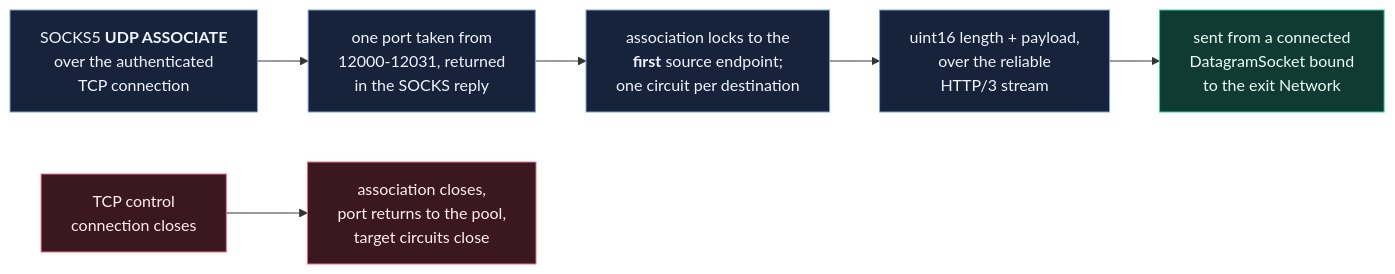
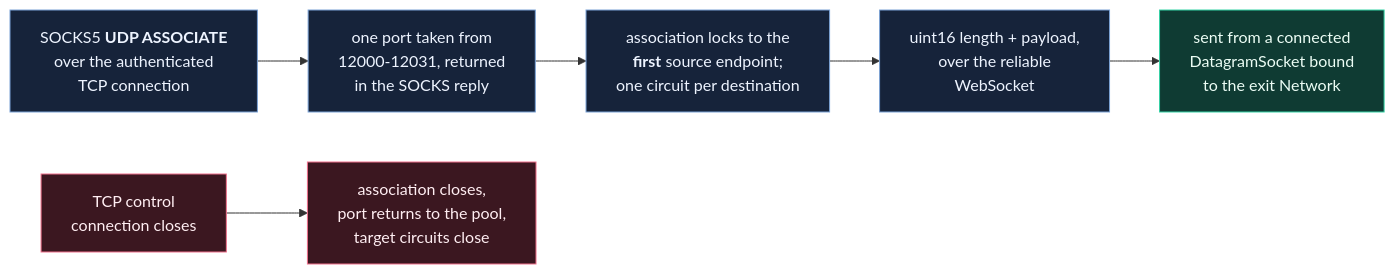
The ninth of 12 diagrams in README.md (CesarPetrescu/PocketExit), drawn with Mermaid before and after one commit. The commit also changed other lines of this file and 38 other files, not shown here.

Commit message:
Release PocketExit v0.4 WebSocket transport

````diff
--- a/README.md
+++ b/README.md
@@ -409,15 +408,15 @@
 ```mermaid
 flowchart LR
     A["SOCKS5 <b>UDP ASSOCIATE</b><br/>over the authenticated<br/>TCP connection"] --> B["one port taken from<br/>12000-12031, returned<br/>in the SOCKS reply"]
     B --> C["association locks to the<br/><b>first</b> source endpoint;<br/>one circuit per destination"]
-    C --> D["uint16 length + payload,<br/>over the reliable<br/>HTTP/3 stream"]
+    C --> D["uint16 length + payload,<br/>over the reliable<br/>WebSocket"]
     D --> E["sent from a connected<br/>DatagramSocket bound<br/>to the exit Network"]
     F["TCP control<br/>connection closes"] --> G["association closes,<br/>port returns to the pool,<br/>target circuits close"]
 
     classDef s fill:#16233a,stroke:#7aa2d6,color:#eef4ff
     classDef p fill:#0f3b33,stroke:#34d3a6,color:#ecfdf5
     classDef e fill:#3b1720,stroke:#f0708c,color:#ffeef2
     class A,B,C,D s
     class E p
     class F,G e
 ```
````
